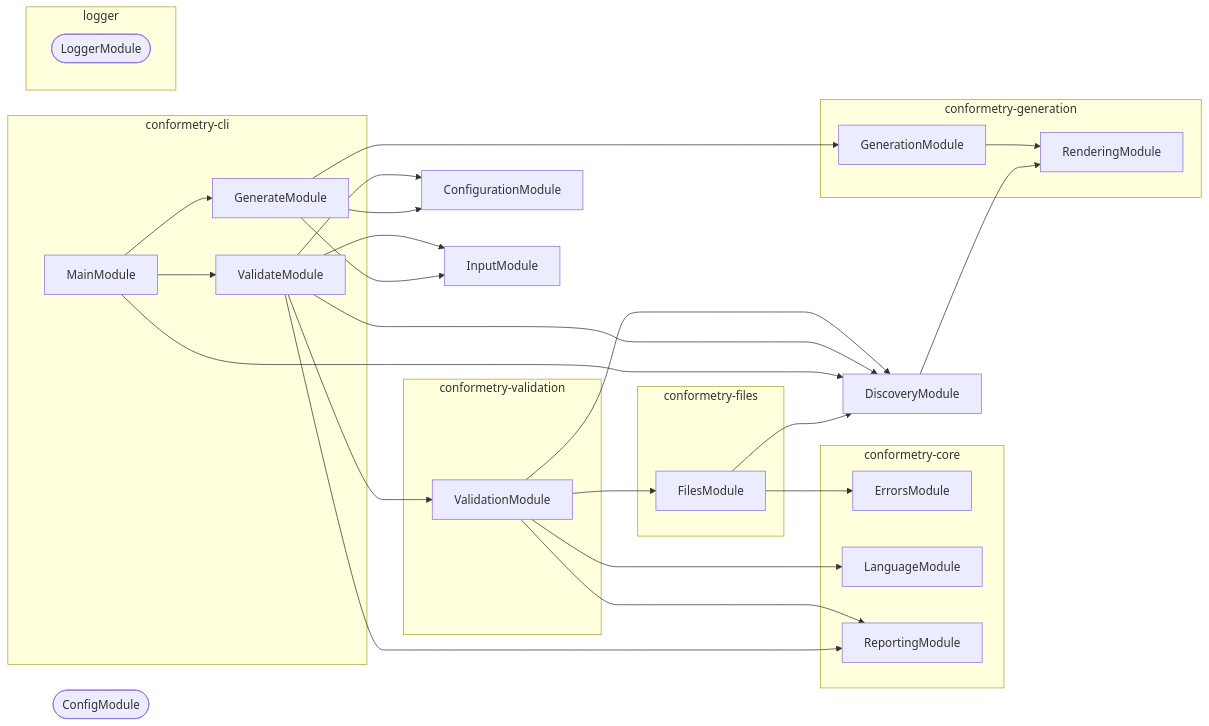
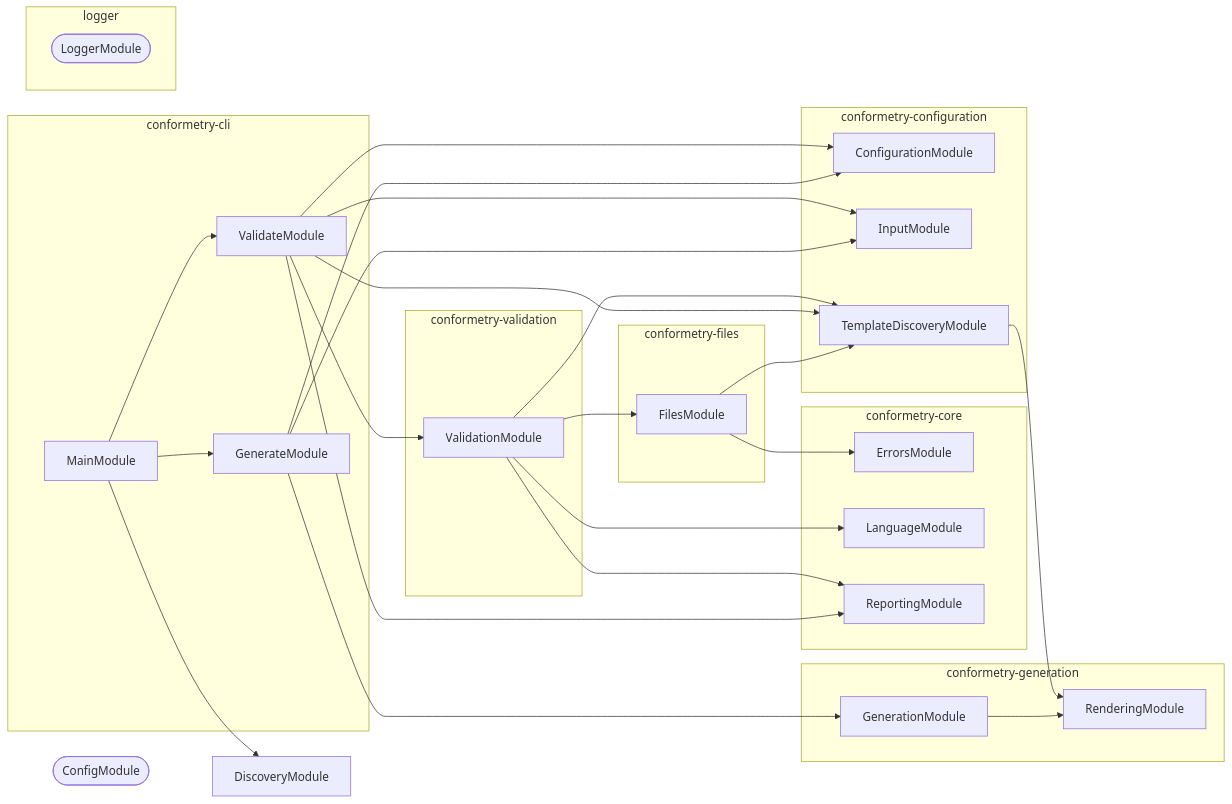
The diagram in packages/conformetry-cli/AGENTS.md (JimmyPaolini/codebase), drawn with Mermaid before and after one commit. The commit also changed 59 other files, not shown here.

Commit message:
fix(conformetry): 🐛 disambiguate module names so both graphs agree

````diff
--- a/packages/conformetry-cli/AGENTS.md
+++ b/packages/conformetry-cli/AGENTS.md
@@ -58,49 +58,52 @@
 ```mermaid
 flowchart LR
   subgraph group0["conformetry-cli"]
     GenerateModule
     MainModule
     ValidateModule
   end
-  subgraph group1["conformetry-core"]
+  subgraph group1["conformetry-configuration"]
+    ConfigurationModule
+    InputModule
+    TemplateDiscoveryModule
+  end
+  subgraph group2["conformetry-core"]
     ErrorsModule
     LanguageModule
     ReportingModule
   end
-  subgraph group2["conformetry-files"]
+  subgraph group3["conformetry-files"]
     FilesModule
   end
-  subgraph group3["conformetry-generation"]
+  subgraph group4["conformetry-generation"]
     GenerationModule
     RenderingModule
   end
-  subgraph group4["conformetry-validation"]
+  subgraph group5["conformetry-validation"]
     ValidationModule
   end
-  subgraph group5["logger"]
+  subgraph group6["logger"]
     LoggerModule([LoggerModule])
   end
   ConfigModule([ConfigModule])
-  ConfigurationModule
   DiscoveryModule
-  InputModule
-  DiscoveryModule --> RenderingModule
-  FilesModule --> DiscoveryModule
   FilesModule --> ErrorsModule
+  FilesModule --> TemplateDiscoveryModule
   GenerateModule --> ConfigurationModule
   GenerateModule --> GenerationModule
   GenerateModule --> InputModule
   GenerationModule --> RenderingModule
   MainModule --> DiscoveryModule
   MainModule --> GenerateModule
   MainModule --> ValidateModule
+  TemplateDiscoveryModule --> RenderingModule
   ValidateModule --> ConfigurationModule
-  ValidateModule --> DiscoveryModule
   ValidateModule --> InputModule
   ValidateModule --> ReportingModule
+  ValidateModule --> TemplateDiscoveryModule
   ValidateModule --> ValidationModule
-  ValidationModule --> DiscoveryModule
   ValidationModule --> FilesModule
   ValidationModule --> LanguageModule
   ValidationModule --> ReportingModule
+  ValidationModule --> TemplateDiscoveryModule
 ```
````
